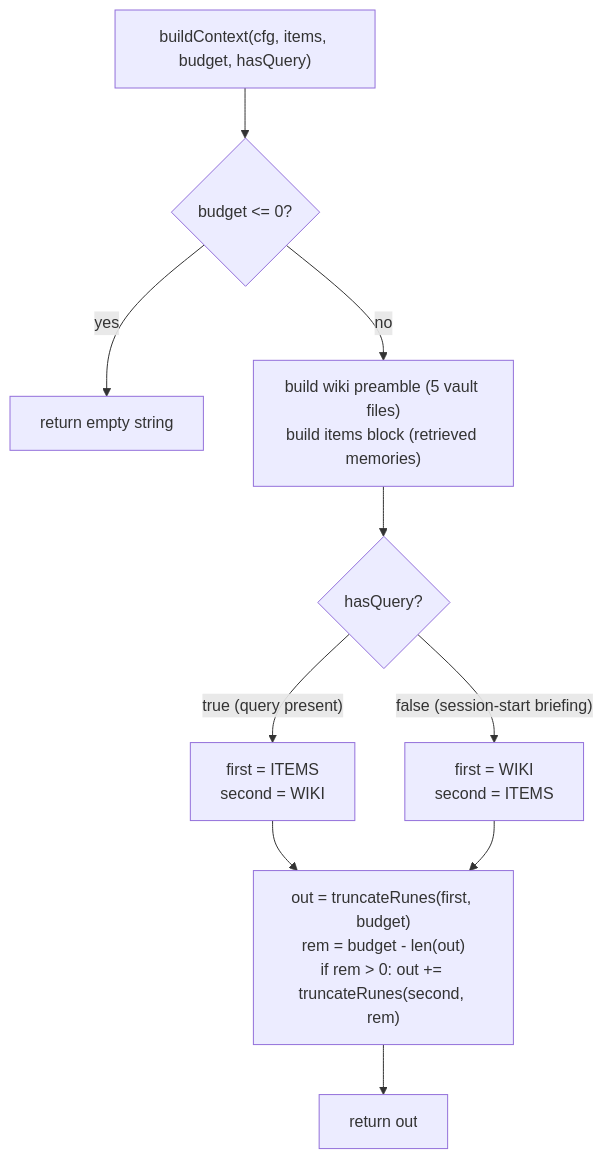
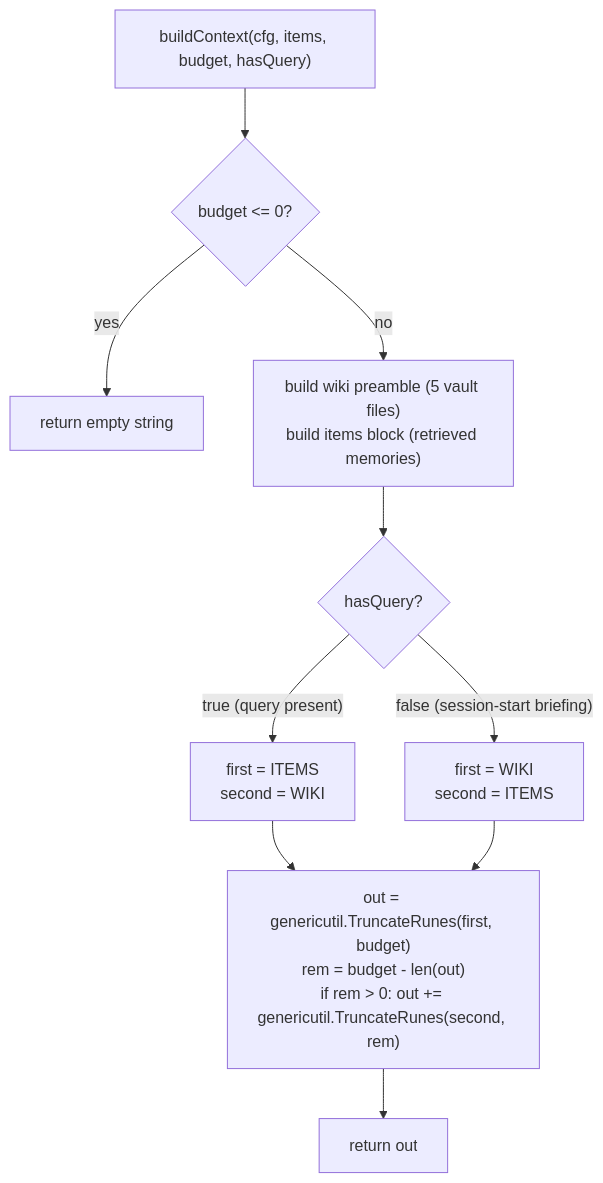
The sixth of 6 diagrams in docs/architecture/07-synthesis-think-digest.md (pyranthus-hq/mora), drawn with Mermaid before and after one commit. The commit also changed other lines of this file and 112 other files, not shown here.

````diff
--- a/docs/architecture/07-synthesis-think-digest.md
+++ b/docs/architecture/07-synthesis-think-digest.md
@@ -436,12 +436,12 @@
 ```mermaid
 flowchart TD
   IN["buildContext(cfg, items, budget, hasQuery)"] --> Z{"budget <= 0?"}
   Z -->|yes| EMPTY["return empty string"]
   Z -->|no| BUILD["build wiki preamble (5 vault files)<br/>build items block (retrieved memories)"]
   BUILD --> HQ{"hasQuery?"}
   HQ -->|"true (query present)"| ITF["first = ITEMS<br/>second = WIKI"]
   HQ -->|"false (session-start briefing)"| WIF["first = WIKI<br/>second = ITEMS"]
   ITF --> OUT
-  WIF --> OUT["out = truncateRunes(first, budget)<br/>rem = budget - len(out)<br/>if rem > 0: out += truncateRunes(second, rem)"]
+  WIF --> OUT["out = genericutil.TruncateRunes(first, budget)<br/>rem = budget - len(out)<br/>if rem > 0: out += genericutil.TruncateRunes(second, rem)"]
   OUT --> RET["return out"]
 ```
````
